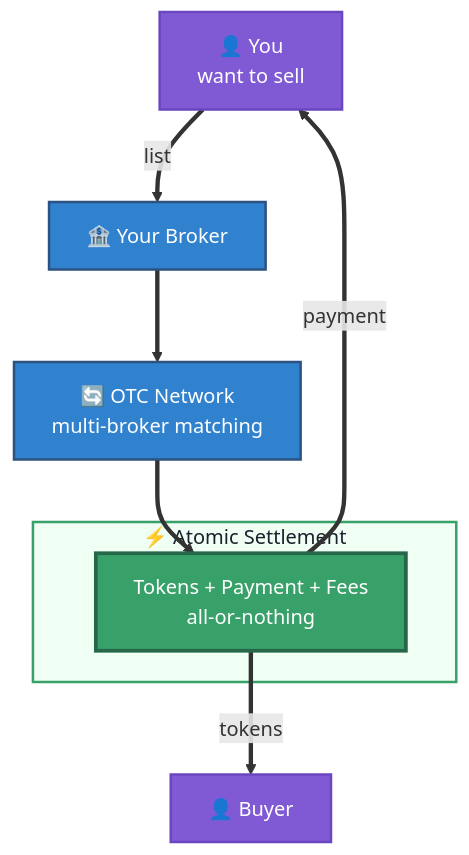
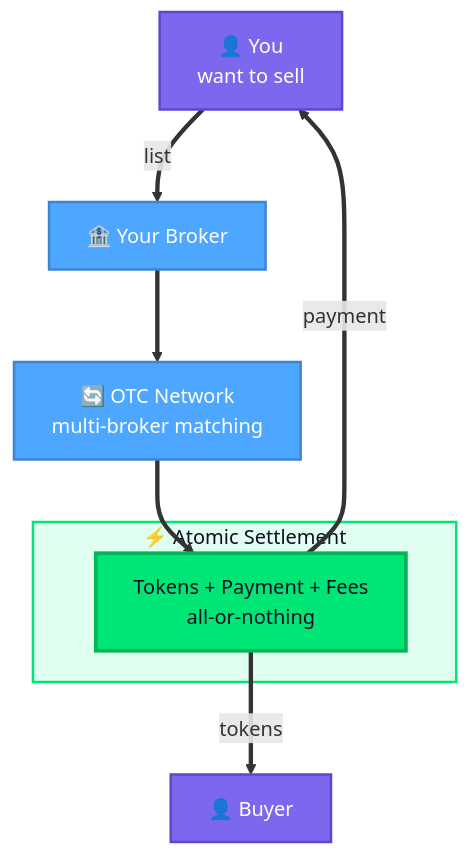
One commit to hrbrlife/sailsto_website changed the ninth of 16 diagrams in hugo-site/content/players.md. Above: the diagram before and after it, drawn with Mermaid. The commit also changed other lines of this file and 9 other files, not shown here.

```diff
--- a/hugo-site/content/players.md
+++ b/hugo-site/content/players.md
@@ -418,21 +418,21 @@
         <div class="mermaid">
         flowchart TD
             YOU["👤 You&lt;br/&gt;want to sell"]
             BRK["🏦 Your Broker"]
             NET["🔄 OTC Network&lt;br/&gt;multi-broker matching"]
             subgraph ATOMIC["⚡ Atomic Settlement"]
                 TX["Tokens + Payment + Fees&lt;br/&gt;all-or-nothing"]
             end
             BUYER["👤 Buyer"]
             YOU ==>|"list"| BRK
             BRK ==> NET
             NET ==> TX
             TX ==>|"payment"| YOU
             TX ==>|"tokens"| BUYER
-            style YOU fill:#805ad5,color:#fff,stroke:#6b46c1,stroke-width:2px
-            style BRK fill:#3182ce,color:#fff,stroke:#2c5282,stroke-width:2px
-            style NET fill:#3182ce,color:#fff,stroke:#2c5282,stroke-width:2px
-            style ATOMIC fill:#f0fff4,color:#1a202c,stroke:#38a169,stroke-width:2px
-            style TX fill:#38a169,color:#fff,stroke:#276749,stroke-width:3px
-            style BUYER fill:#805ad5,color:#fff,stroke:#6b46c1,stroke-width:2px
+            style YOU fill:#7B68EE,color:#fff,stroke:#5B48CE,stroke-width:2px
+            style BRK fill:#4DA6FF,color:#fff,stroke:#3D86CF,stroke-width:2px
+            style NET fill:#4DA6FF,color:#fff,stroke:#3D86CF,stroke-width:2px
+            style ATOMIC fill:#E0FFF0,color:#0F0F23,stroke:#00E676,stroke-width:2px
+            style TX fill:#00E676,color:#0F0F23,stroke:#00B656,stroke-width:3px
+            style BUYER fill:#7B68EE,color:#fff,stroke:#5B48CE,stroke-width:2px
         </div>
```
